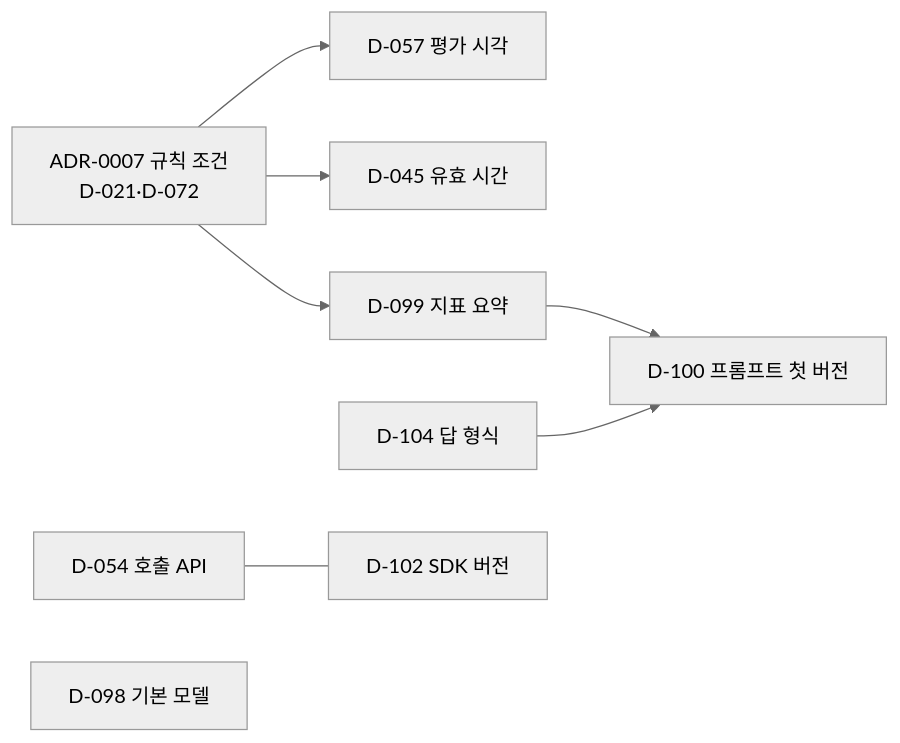
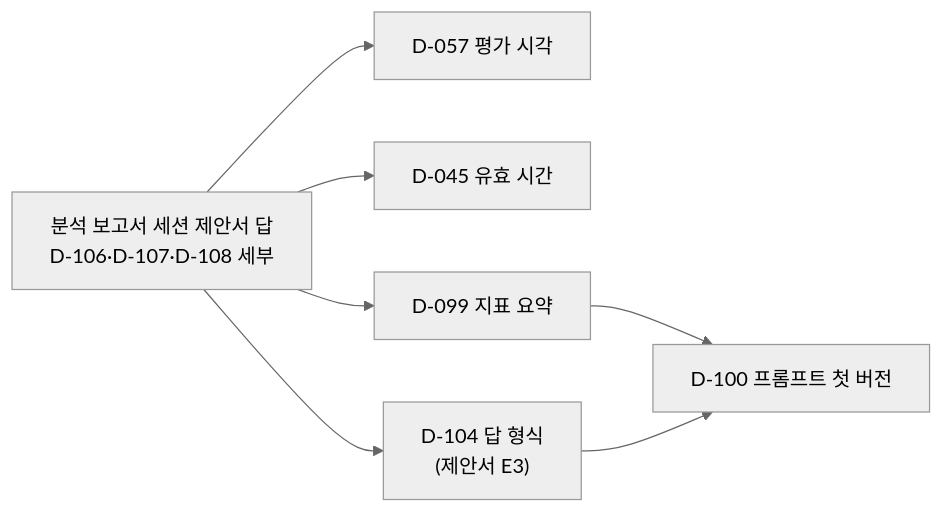
Before and after one commit to khy920723/upbit-autotrader: the diagram in docs/03-functional/stage4-decisions.md, drawn with Mermaid (neutral theme). The commit also changed other lines of this file and 24 other files, not shown here.

First line of the commit message:
docs: 규칙 조건 결정(D-105~D-107)·시그널 출처 Claude Code CLI(D-108) 기록과 분석 보고서 세션 제안서 (#32)

````diff
--- a/docs/03-functional/stage4-decisions.md
+++ b/docs/03-functional/stage4-decisions.md
@@ -47,10 +49,9 @@
 ```mermaid
 flowchart LR
-    ADR["ADR-0007 규칙 조건<br/>D-021·D-072"] --> D057[D-057 평가 시각]
-    ADR --> D045[D-045 유효 시간]
-    ADR --> D099[D-099 지표 요약]
+    PQ["분석 보고서 세션 제안서 답<br/>D-106·D-107·D-108 세부"] --> D057[D-057 평가 시각]
+    PQ --> D045[D-045 유효 시간]
+    PQ --> D099[D-099 지표 요약]
+    PQ --> D104["D-104 답 형식<br/>(제안서 E3)"]
     D099 --> D100[D-100 프롬프트 첫 버전]
-    D104[D-104 답 형식] --> D100
-    D054[D-054 호출 API] --- D102[D-102 SDK 버전]
-    D098[D-098 기본 모델]
+    D104 --> D100
 ```
````
